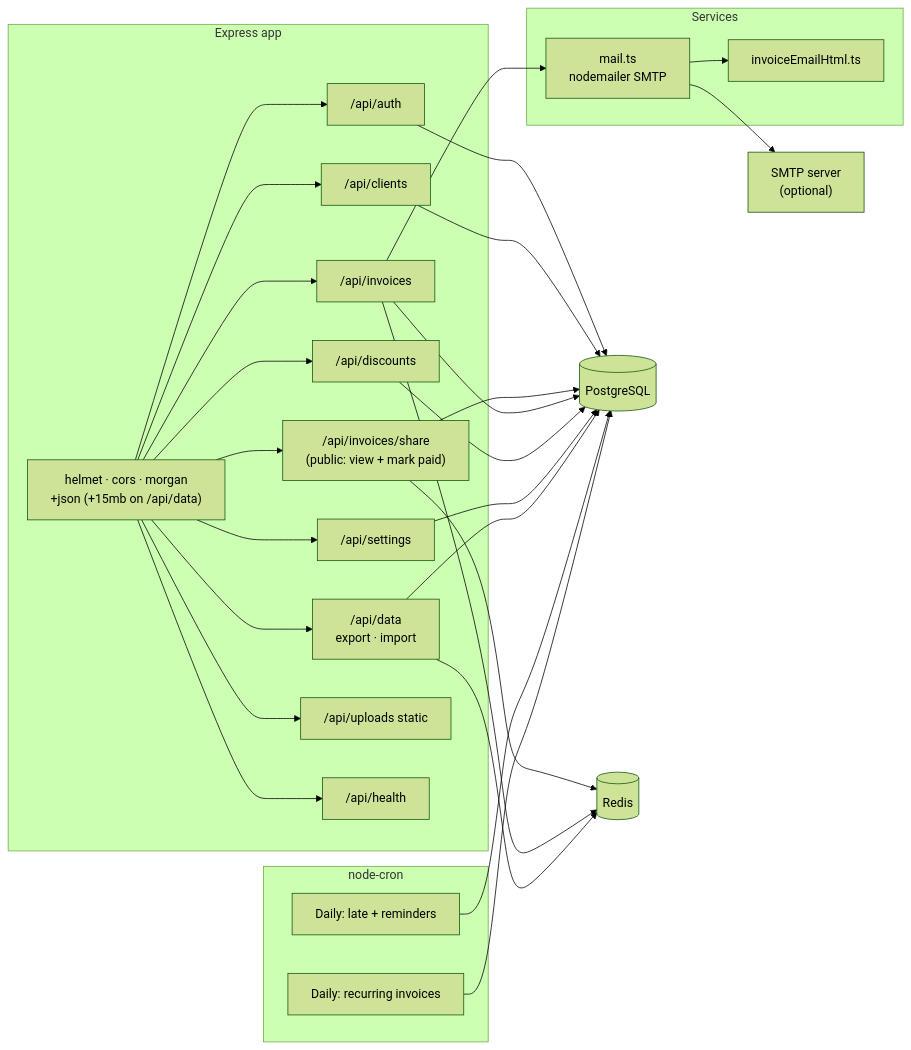
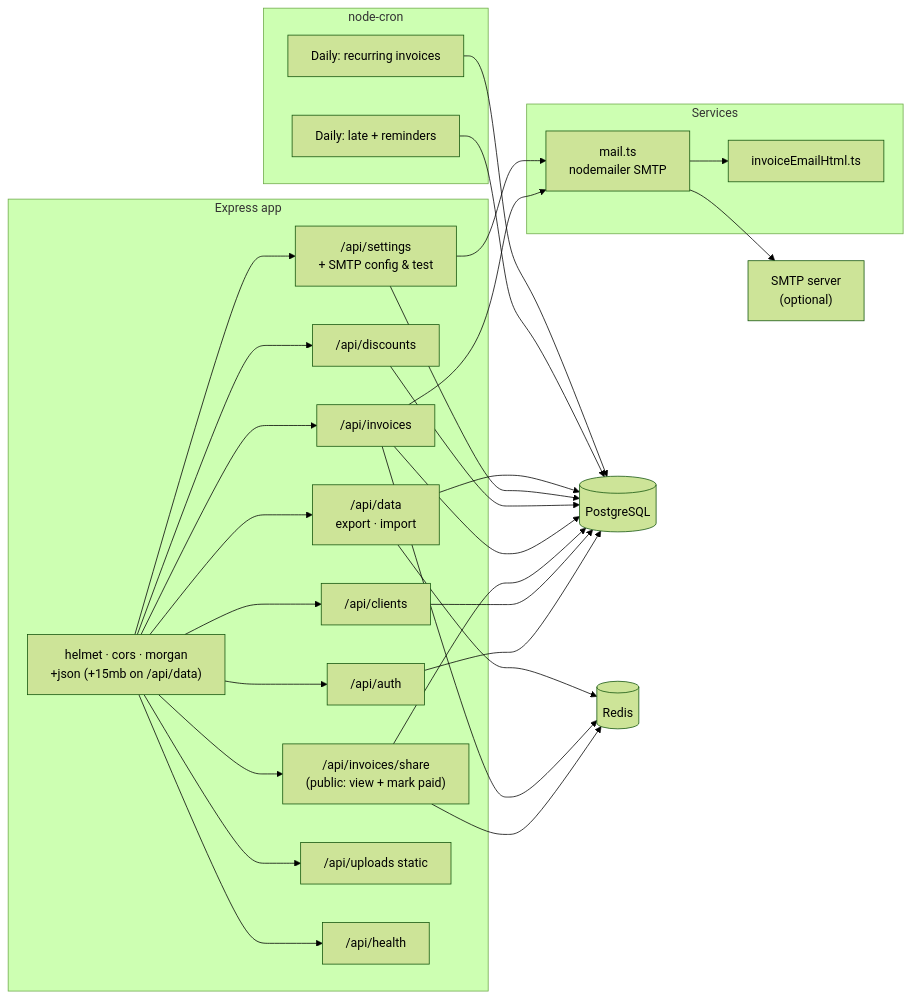
The diagram in docs/backend/overview.md (becomeonewiththecode/invoicing), drawn with Mermaid (forest theme) before and after one commit. The commit also changed other lines of this file and 12 other files, not shown here.

First line of the commit message:
feat: per-user SMTP settings, test email, tabbed settings page

````diff
--- a/docs/backend/overview.md
+++ b/docs/backend/overview.md
@@ -33,55 +33,56 @@
 ```mermaid
 flowchart LR
   subgraph HTTP["Express app"]
     MW["helmet · cors · morgan\n+json (+15mb on /api/data)"]
     AUTH["/api/auth"]
     CL["/api/clients"]
     SH["/api/invoices/share\n(public: view + mark paid)"]
     INV["/api/invoices"]
     DISC["/api/discounts"]
-    SET["/api/settings"]
+    SET["/api/settings\n+ SMTP config & test"]
     DATA["/api/data\nexport · import"]
     ST["/api/uploads static"]
     HL["/api/health"]
   end
 
   subgraph Services["Services"]
     MAIL["mail.ts\nnodemailer SMTP"]
     TMPL["invoiceEmailHtml.ts"]
   end
 
   subgraph Jobs["node-cron"]
     J1["Daily: late + reminders"]
     J2["Daily: recurring invoices"]
   end
 
   PG[(PostgreSQL)]
   RD[(Redis)]
   SMTP["SMTP server\n(optional)"]
 
   MW --> AUTH
   MW --> CL
   MW --> SH
   MW --> INV
   MW --> DISC
   MW --> SET
   MW --> DATA
   MW --> ST
   MW --> HL
 
   AUTH --> PG
   CL --> PG
   SH --> PG
   SH --> RD
   INV --> PG
   INV --> RD
   INV --> MAIL
   MAIL --> TMPL
   MAIL --> SMTP
   DISC --> PG
   SET --> PG
+  SET --> MAIL
   DATA --> PG
   DATA --> RD
   J1 --> PG
   J2 --> PG
 ```
````
